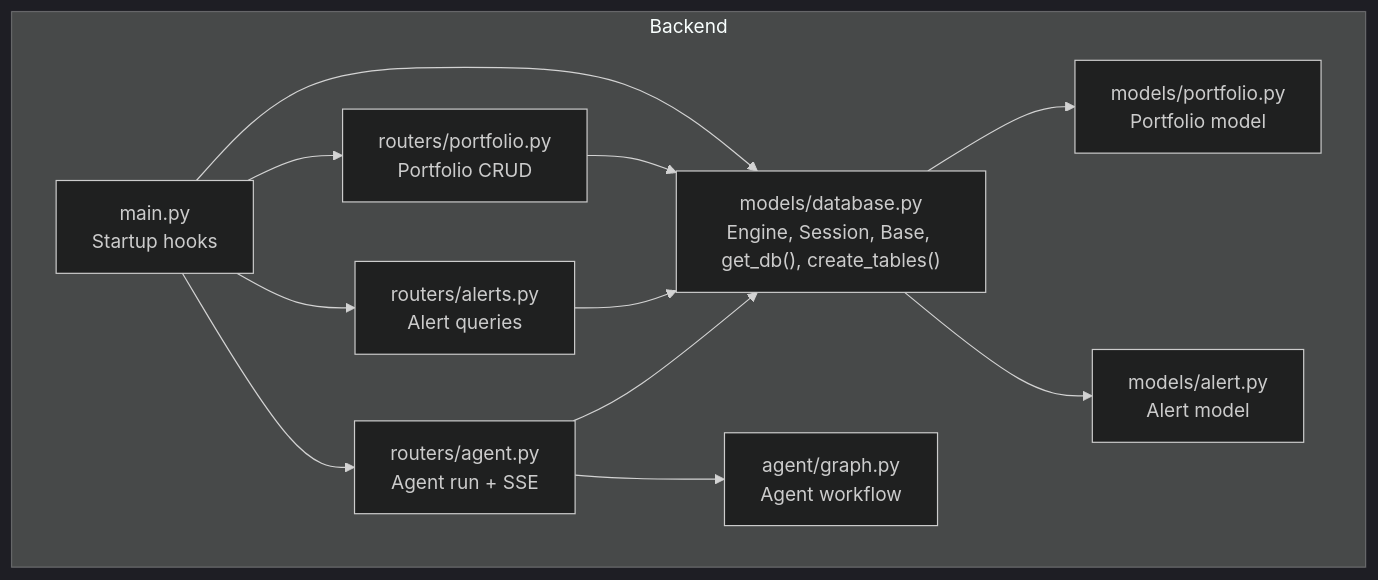
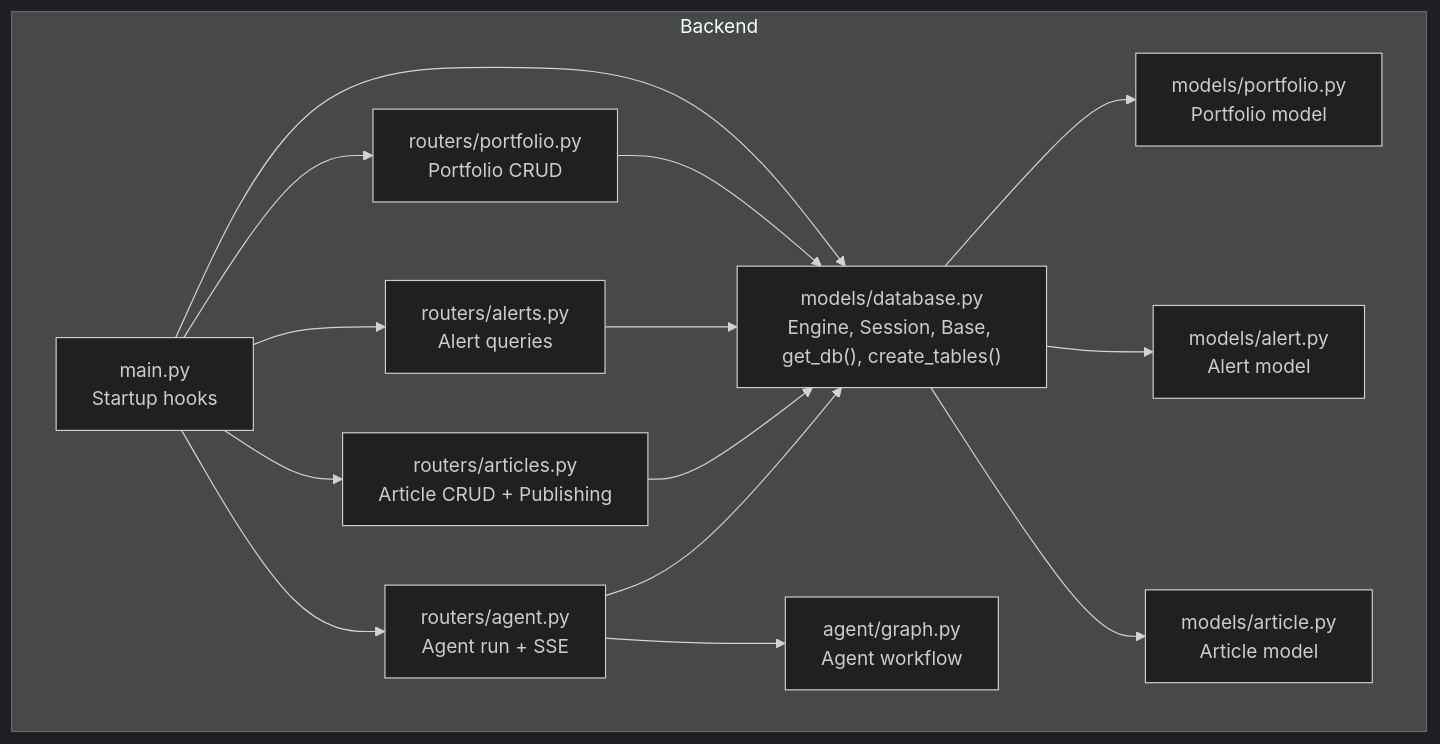
One commit to ishwarambare/ishwarambare-app changed the first of 10 diagrams in .qoder/repowiki/en/content/Backend Architecture/Database Layer/Database Layer.md. Above: the diagram before and after it, drawn with Mermaid (dark theme). The commit also changed other lines of this file and 10 other files, not shown here.

````diff
--- a/.qoder/repowiki/en/content/Backend Architecture/Database Layer/Database Layer.md
+++ b/.qoder/repowiki/en/content/Backend Architecture/Database Layer/Database Layer.md
@@ -39,23 +51,28 @@
 ```mermaid
 graph TB
 subgraph "Backend"
 M["main.py<br/>Startup hooks"]
 D["models/database.py<br/>Engine, Session, Base, get_db(), create_tables()"]
 P["models/portfolio.py<br/>Portfolio model"]
 A["models/alert.py<br/>Alert model"]
+ART["models/article.py<br/>Article model"]
 RP["routers/portfolio.py<br/>Portfolio CRUD"]
 RA["routers/alerts.py<br/>Alert queries"]
+RART["routers/articles.py<br/>Article CRUD + Publishing"]
 RG["routers/agent.py<br/>Agent run + SSE"]
 G["agent/graph.py<br/>Agent workflow"]
 end
 M --> D
 M --> RP
 M --> RA
+M --> RART
 M --> RG
 RP --> D
 RA --> D
+RART --> D
 RG --> D
 RG --> G
 D --> P
 D --> A
+D --> ART
 ```
````
